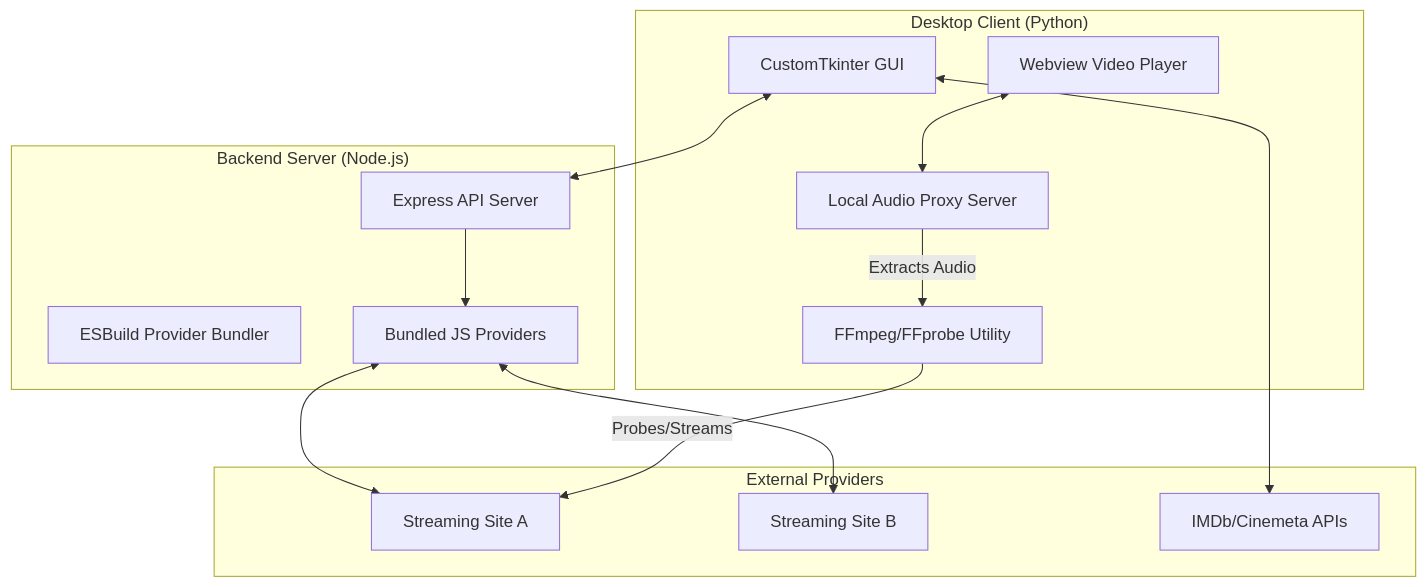
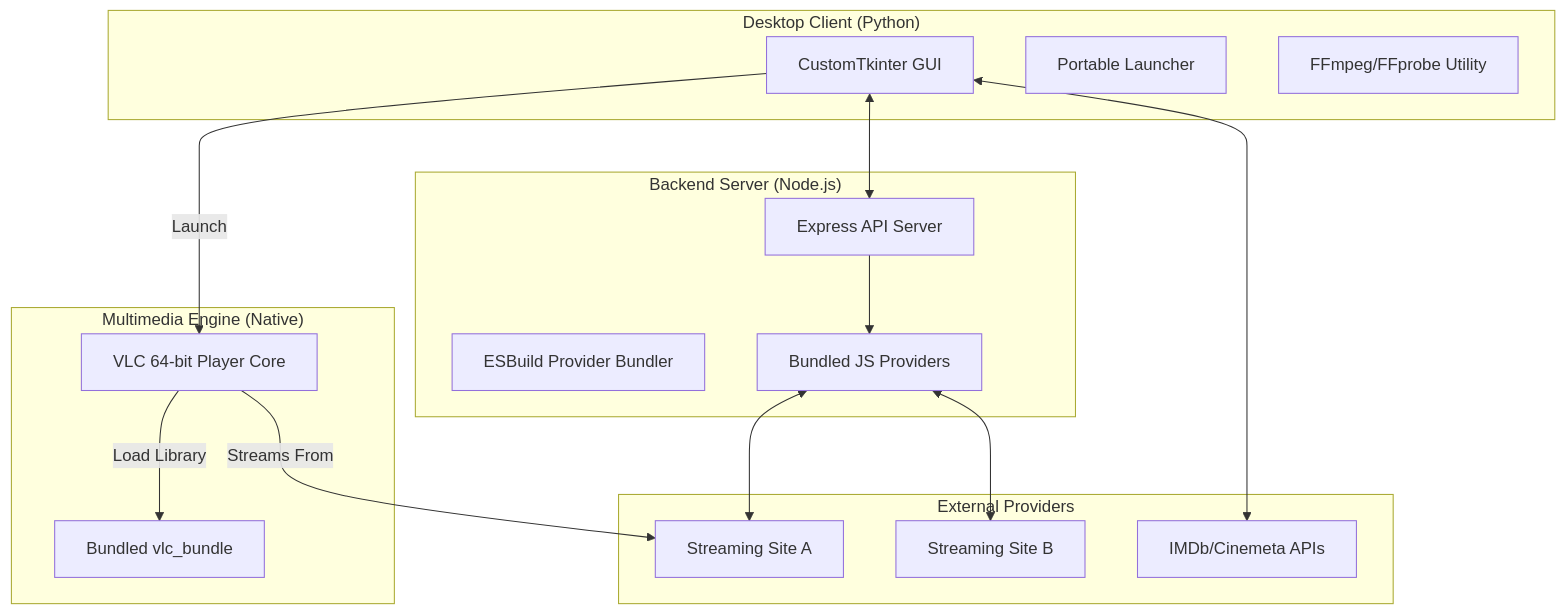
Before and after one commit to angel7544/vega-providers: the first of 3 diagrams in architecture.md, drawn with Mermaid. The commit also changed other lines of this file and 374 other files, not shown here.

Commit message:
feat: bundle VLC libraries and plugins into the project distribution

````diff
--- a/architecture.md
+++ b/architecture.md
@@ -13,30 +13,34 @@
 ```mermaid
 graph TD
     subgraph "Desktop Client (Python)"
         GUI[CustomTkinter GUI]
-        Player[Webview Video Player]
+        Launcher[Portable Launcher]
         FFmpeg[FFmpeg/FFprobe Utility]
-        AudioServer[Local Audio Proxy Server]
     end
 
     subgraph "Backend Server (Node.js)"
         Express[Express API Server]
         Bundler[ESBuild Provider Bundler]
         Dist[Bundled JS Providers]
+    end
+
+    subgraph "Multimedia Engine (Native)"
+        VLC[VLC 64-bit Player Core]
+        Bundle[Bundled vlc_bundle]
     end
 
     subgraph "External Providers"
         SiteA[Streaming Site A]
         SiteB[Streaming Site B]
         API[IMDb/Cinemeta APIs]
     end
 
     GUI <--> Express
     Express --> Dist
     Dist <--> SiteA
     Dist <--> SiteB
     GUI <--> API
-    Player <--> AudioServer
-    AudioServer -- Extracts Audio --> FFmpeg
-    FFmpeg -- Probes/Streams --> SiteA
+    GUI -- Launch --> VLC
+    VLC -- Load Library --> Bundle
+    VLC -- Streams From --> SiteA
 ```
````
